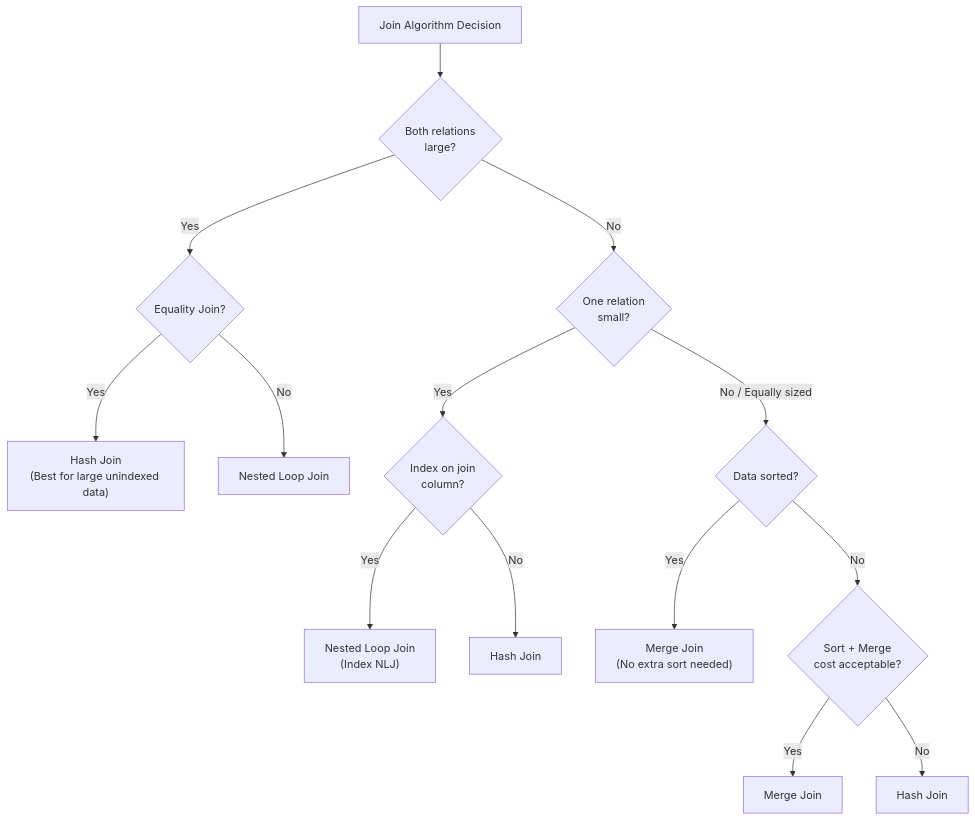
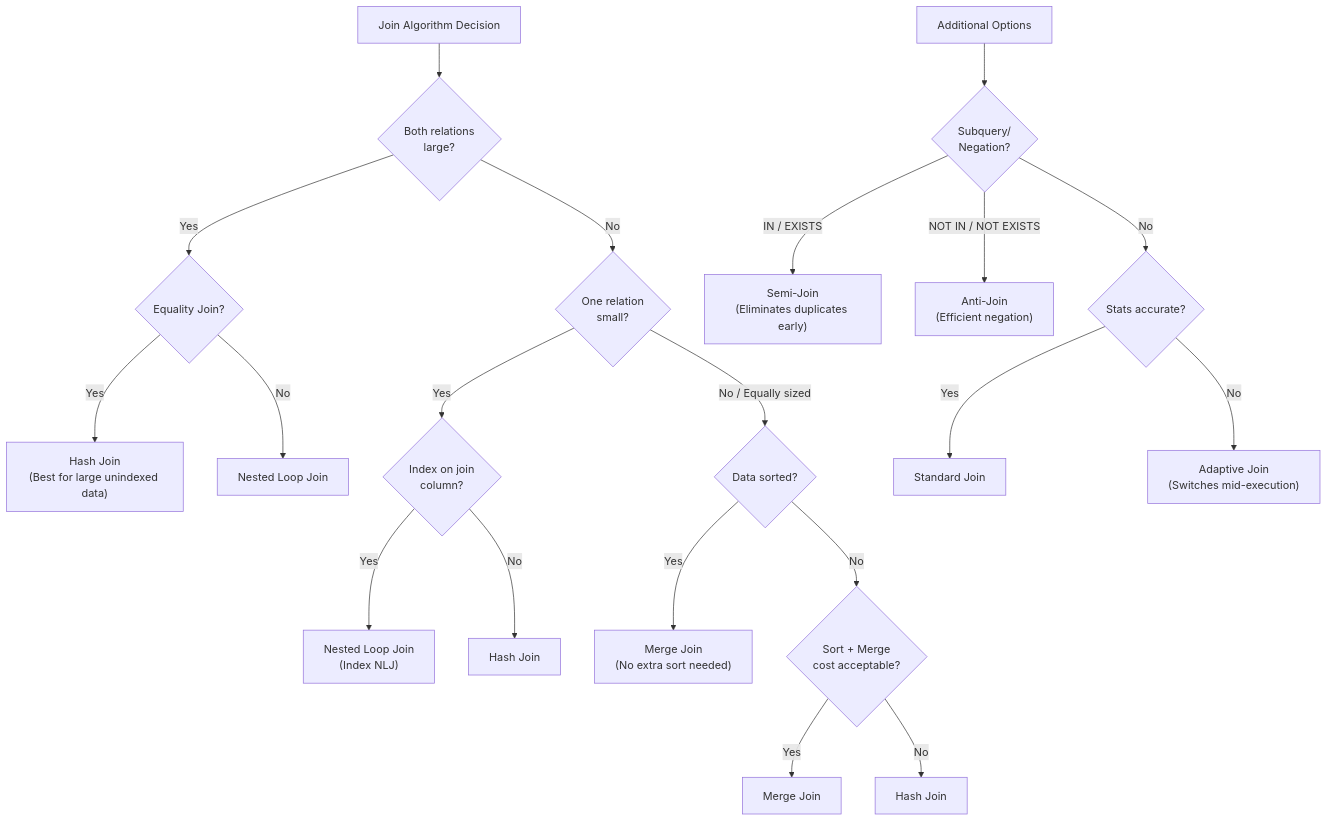
Before and after one commit to fourth-year-team/Expert-System-Query-Optimizer-Project: the sixth of 26 diagrams in docs/diagrams.md, drawn with Mermaid. The commit also changed other lines of this file and 27 other files, not shown here.

````diff
--- a/docs/diagrams.md
+++ b/docs/diagrams.md
@@ -137,19 +137,26 @@
 ```mermaid
 flowchart TD
     A["Join Algorithm Decision"] --> B{"Both relations<br/>large?"}
     
     B -->|"Yes"| C{"Equality Join?"}
     C -->|"Yes"| D["Hash Join<br/>(Best for large unindexed data)"]
     C -->|"No"| E["Nested Loop Join"]
     
     B -->|"No"| F{"One relation<br/>small?"}
     F -->|"Yes"| G{"Index on join<br/>column?"}
     G -->|"Yes"| H["Nested Loop Join<br/>(Index NLJ)"]
     G -->|"No"| I["Hash Join"]
     
     F -->|"No / Equally sized"| J{"Data sorted?"}
     J -->|"Yes"| K["Merge Join<br/>(No extra sort needed)"]
     J -->|"No"| L{"Sort + Merge<br/>cost acceptable?"}
     L -->|"Yes"| M["Merge Join"]
     L -->|"No"| N["Hash Join"]
+
+    A2["Additional Options"] --> O{"Subquery/<br/>Negation?"}
+    O -->|"IN / EXISTS"| P["Semi-Join<br/>(Eliminates duplicates early)"]
+    O -->|"NOT IN / NOT EXISTS"| Q["Anti-Join<br/>(Efficient negation)"]
+    O -->|"No"| R{"Stats accurate?"}
+    R -->|"Yes"| S["Standard Join"]
+    R -->|"No"| T["Adaptive Join<br/>(Switches mid-execution)"]
 ```
````
